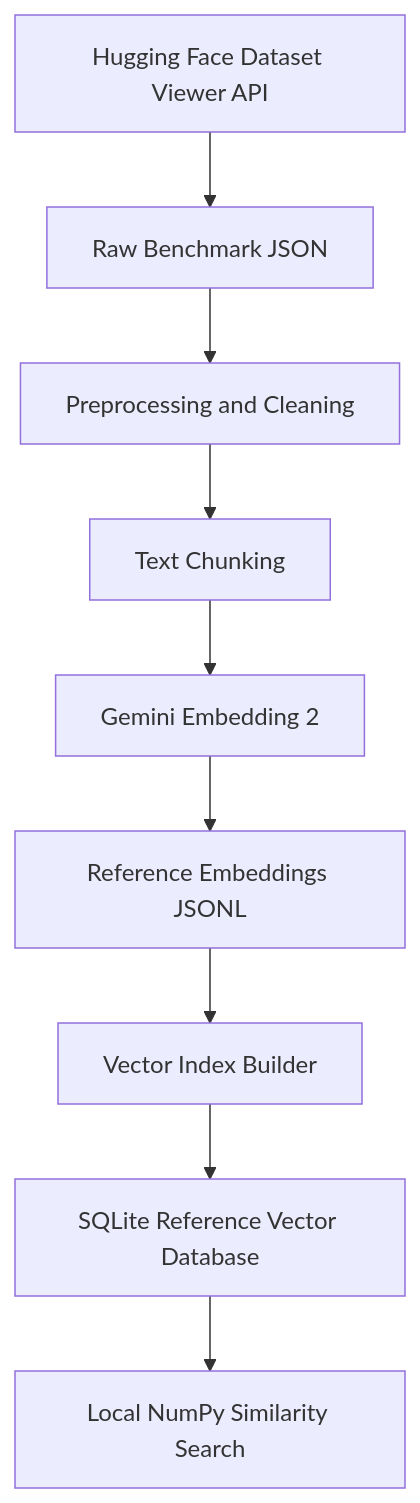
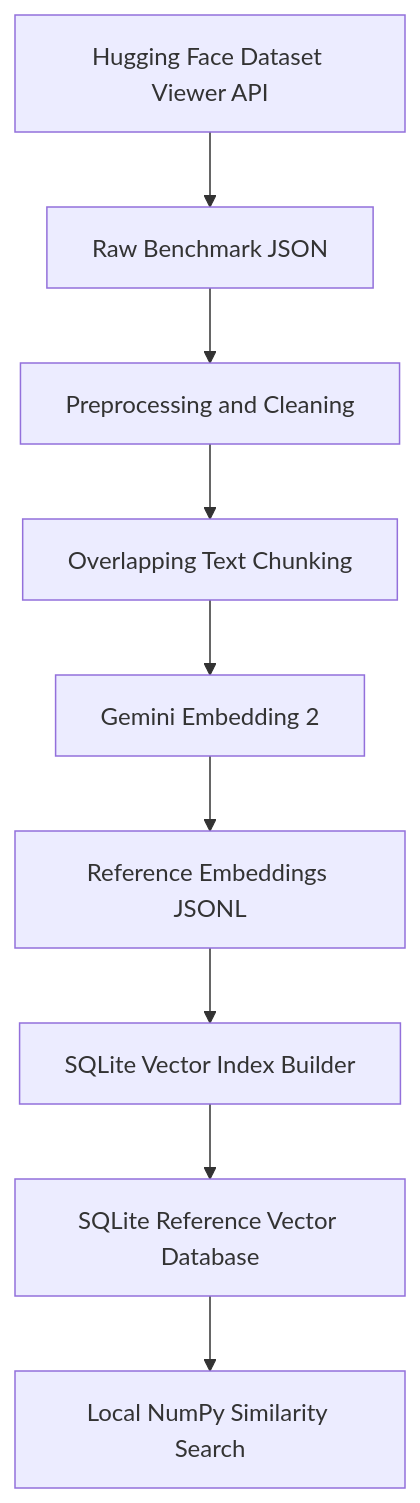
One commit to sanskarcoder29/ai-response-validation changed the second of 3 diagrams in docs/ARCHITECTURE.md. Above: the diagram before and after it, drawn with Mermaid. The commit also changed other lines of this file and 5 other files, not shown here.

````diff
--- a/docs/ARCHITECTURE.md
+++ b/docs/ARCHITECTURE.md
@@ -69,16 +61,12 @@
 ```mermaid
 flowchart TD
     HF[Hugging Face Dataset Viewer API]
     HF --> RAW[Raw Benchmark JSON]
-
     RAW --> PRE[Preprocessing and Cleaning]
-    PRE --> CH[Text Chunking]
-
+    PRE --> CH[Overlapping Text Chunking]
     CH --> EMB[Gemini Embedding 2]
     EMB --> JSONL[Reference Embeddings JSONL]
-
-    JSONL --> IDX[Vector Index Builder]
+    JSONL --> IDX[SQLite Vector Index Builder]
     IDX --> DB[SQLite Reference Vector Database]
-
     DB --> SEARCH[Local NumPy Similarity Search]
 ```
````
